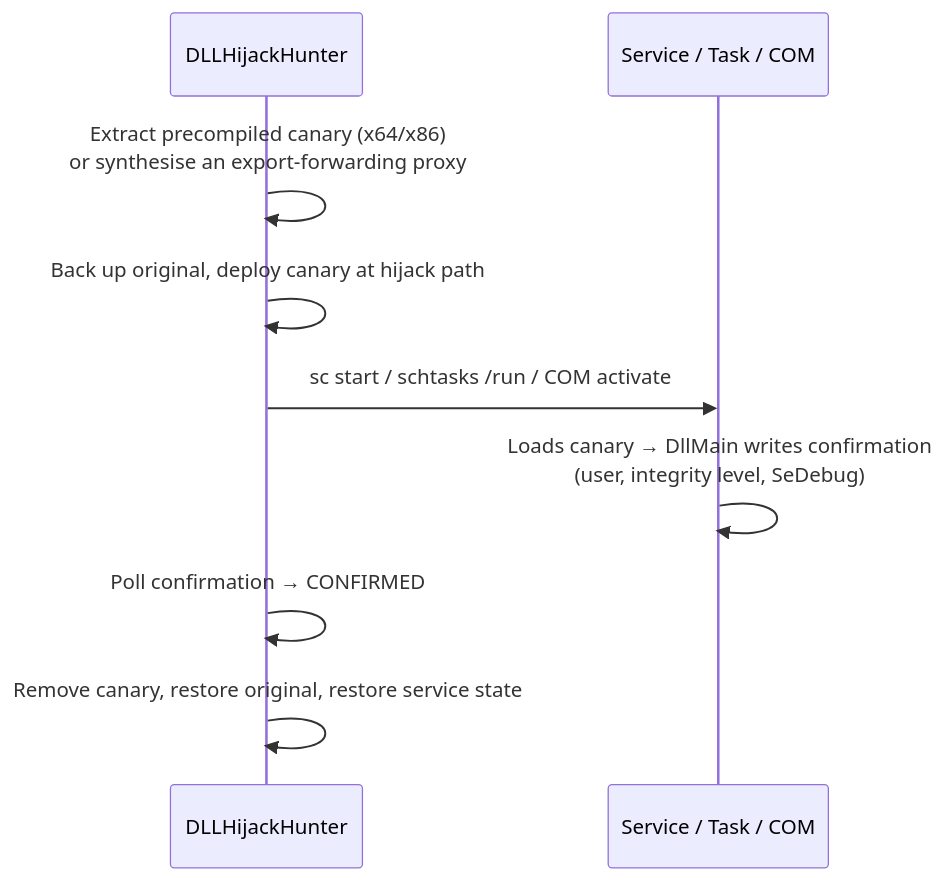
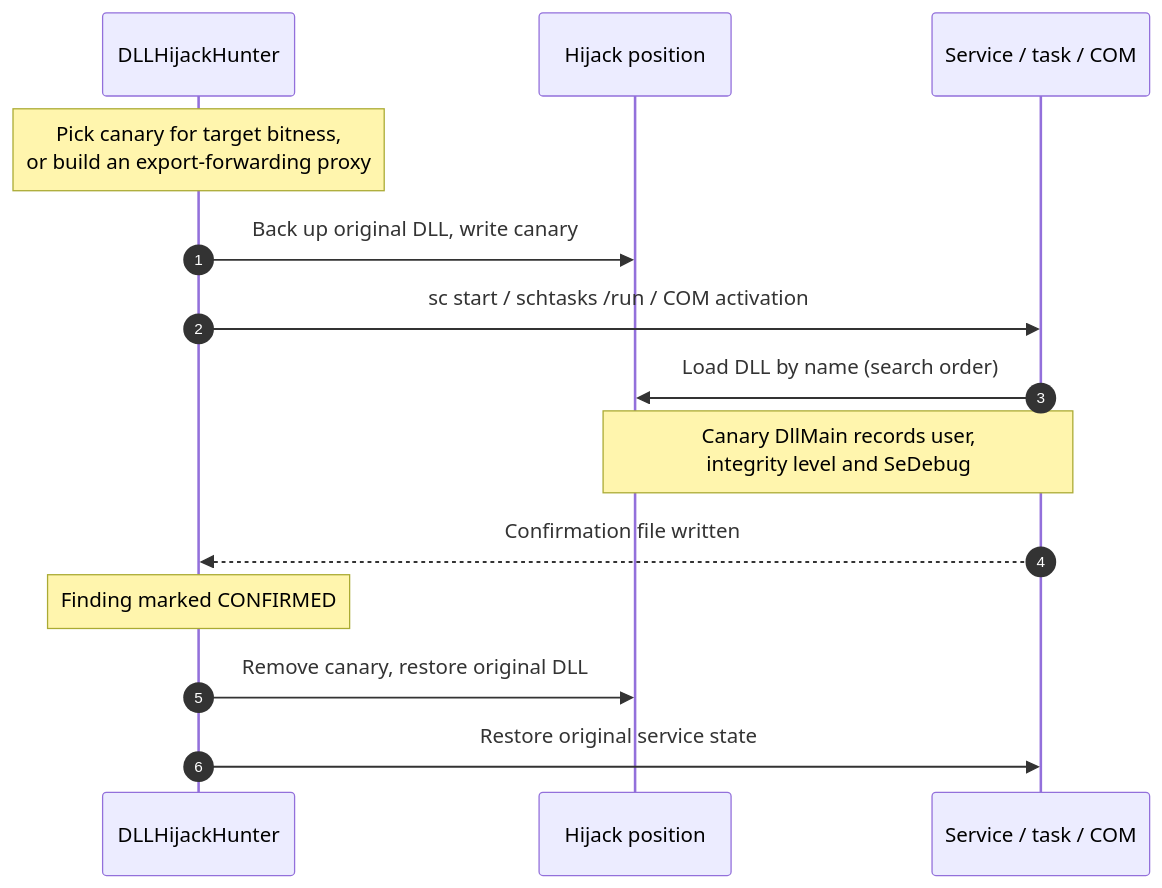
Before and after one commit to projectmerai/DLLHijackHunter: the second of 2 diagrams in README.md, drawn with Mermaid. The commit also changed other lines of this file, not shown here.

First line of the commit message:
docs: fix README diagrams rendering

````diff
--- a/README.md
+++ b/README.md
@@ -182,11 +180,16 @@
 ```mermaid
 sequenceDiagram
+    autonumber
     participant H as DLLHijackHunter
-    participant T as Service / Task / COM
-    H->>H: Extract precompiled canary (x64/x86)<br/>or synthesise an export-forwarding proxy
-    H->>H: Back up original, deploy canary at hijack path
-    H->>T: sc start / schtasks /run / COM activate
-    T->>T: Loads canary → DllMain writes confirmation<br/>(user, integrity level, SeDebug)
-    H->>H: Poll confirmation → CONFIRMED
-    H->>H: Remove canary, restore original, restore service state
+    participant P as Hijack position
+    participant T as Service / task / COM
+    Note over H: Pick canary for target bitness,<br/>or build an export-forwarding proxy
+    H->>P: Back up original DLL, write canary
+    H->>T: sc start / schtasks /run / COM activation
+    T->>P: Load DLL by name (search order)
+    Note over P,T: Canary DllMain records user,<br/>integrity level and SeDebug
+    T-->>H: Confirmation file written
+    Note over H: Finding marked CONFIRMED
+    H->>P: Remove canary, restore original DLL
+    H->>T: Restore original service state
 ```
````
